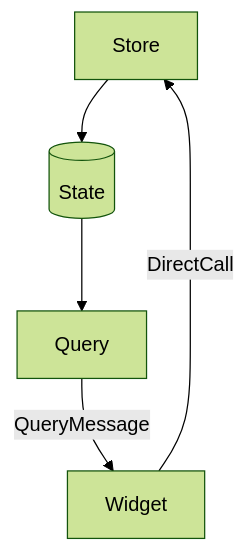
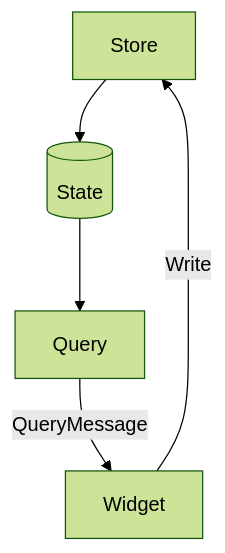
One commit to iced-rs/rfcs changed the second of 2 diagrams in text/0000-shared-widget-state.md. Above: the diagram before and after it, drawn with Mermaid (forest theme). The commit also changed other lines of this file, not shown here.

````diff
--- a/text/0000-shared-widget-state.md
+++ b/text/0000-shared-widget-state.md
@@ -50,7 +50,7 @@
 ```mermaid
   graph TD;
     Store-->State[(State)];
     Query--QueryMessage-->Widget
     State-->Query;
-    Widget--DirectCall-->Store;
+    Widget--Write-->Store;
 ```
````
